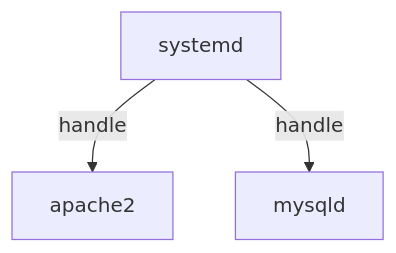
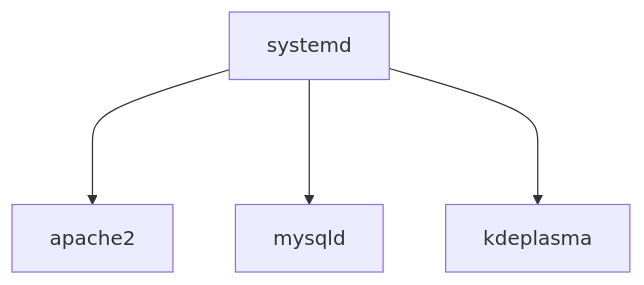
One commit to CHAOUCHI/cours changed the diagram in Installer apache2.md. Above: the diagram before and after it, drawn with Mermaid.

Commit message:
ajout d'un truc dans mon shcema

````diff
--- a/Installer apache2.md
+++ b/Installer apache2.md
@@ -28,10 +28,11 @@
 ```mermaid
 flowchart
 systemd
 apache2
 mysqld
 
-systemd--handle-->apache2
-systemd--handle-->mysqld
+systemd--->apache2
+systemd--->mysqld
+systemd--->kdeplasma
 
 ```
````
